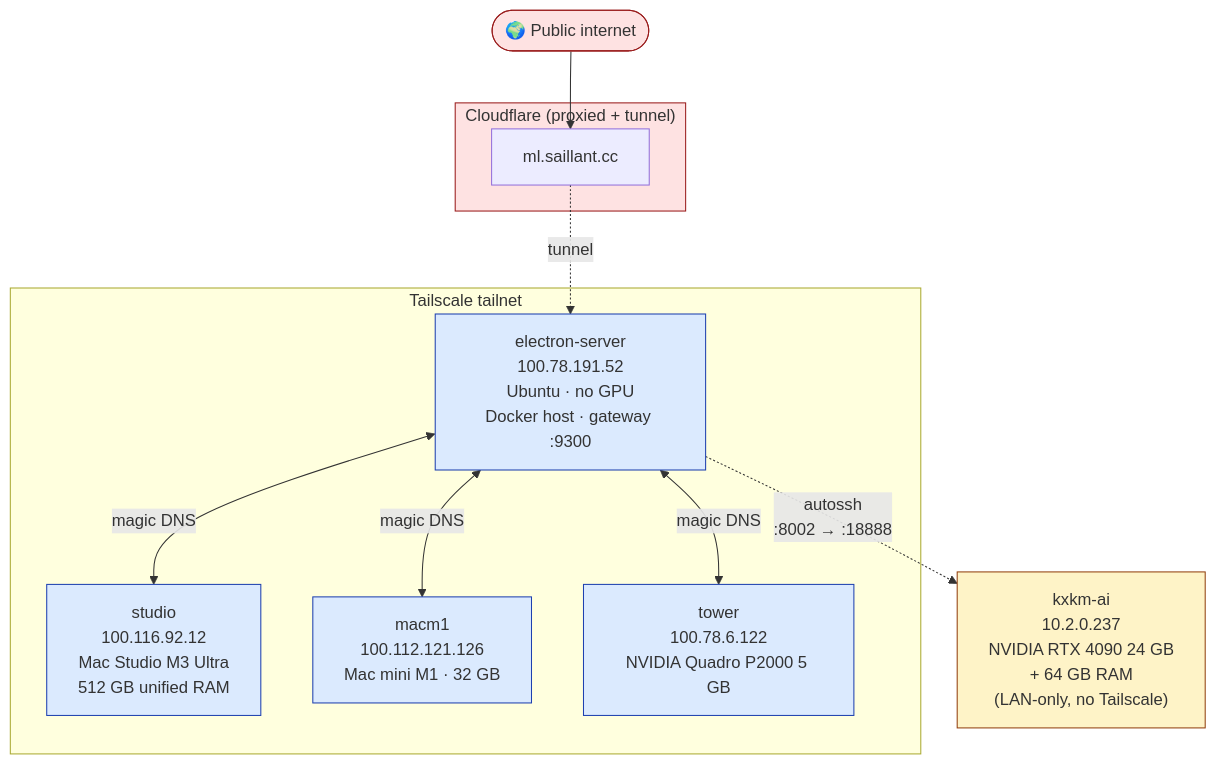
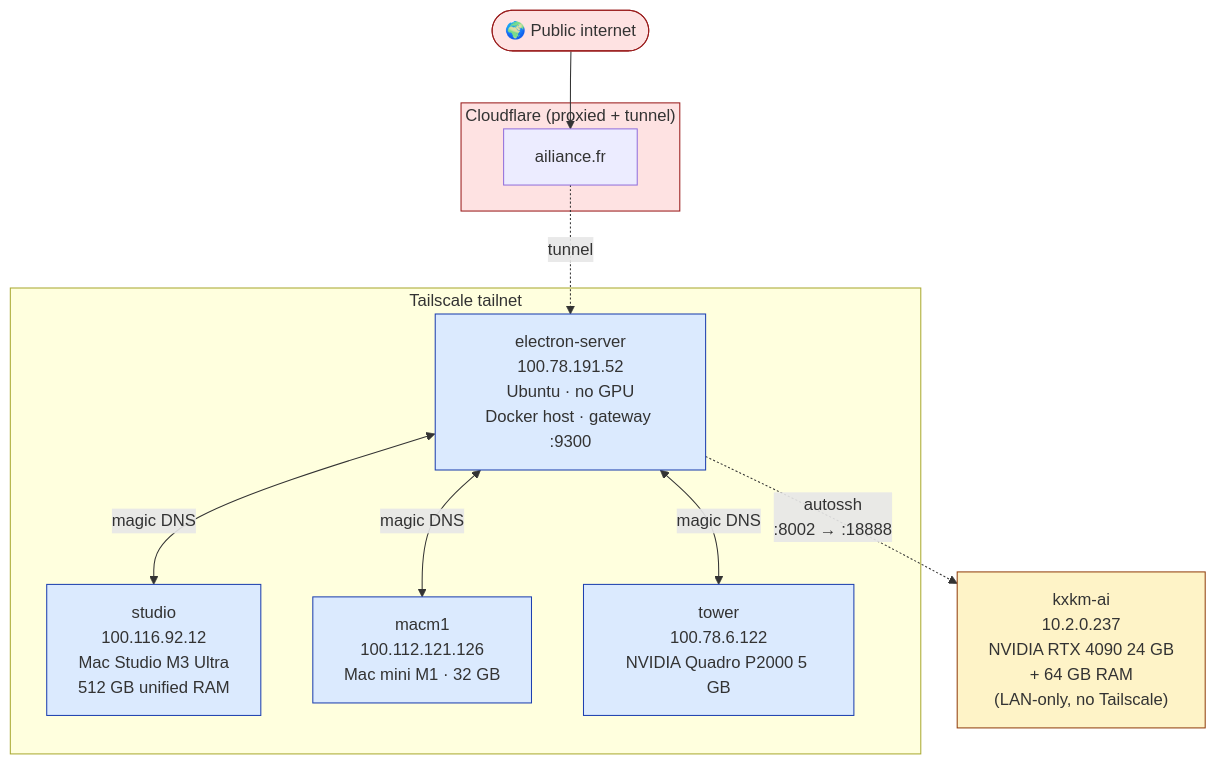
Before and after one commit to ailiance/ailiance: the third of 6 diagrams in README.md, drawn with Mermaid. The commit also changed other lines of this file and 87 other files, not shown here.

````diff
--- a/README.md
+++ b/README.md
@@ -155,32 +155,32 @@
 ```mermaid
 flowchart TB
     Internet([🌍 Public internet])
 
     subgraph Cloudflare["Cloudflare (proxied + tunnel)"]
-        ml["ml.saillant.cc"]
+        ml["ailiance.fr"]
     end
 
     Internet --> ml
 
     subgraph Tailscale["Tailscale tailnet"]
         ES["electron-server<br/>100.78.191.52<br/>Ubuntu · no GPU<br/>Docker host · gateway :9300"]
         ST["studio<br/>100.116.92.12<br/>Mac Studio M3 Ultra<br/>512 GB unified RAM"]
         M1["macm1<br/>100.112.121.126<br/>Mac mini M1 · 32 GB"]
         TW["tower<br/>100.78.6.122<br/>NVIDIA Quadro P2000 5 GB"]
     end
 
     LAN["kxkm-ai<br/>10.2.0.237<br/>NVIDIA RTX 4090 24 GB<br/>+ 64 GB RAM<br/>(LAN-only, no Tailscale)"]
 
     ml -.->|tunnel| ES
     ES <-->|magic DNS| ST
     ES <-->|magic DNS| M1
     ES <-->|magic DNS| TW
     ES -.->|"autossh<br/>:8002 → :18888"| LAN
 
     classDef pub fill:#fee2e2,stroke:#991b1b
     classDef ts fill:#dbeafe,stroke:#1e40af
     classDef lan fill:#fef3c7,stroke:#92400e
     class Internet,Cloudflare pub
     class ES,ST,M1,TW ts
     class LAN lan
 ```
````
